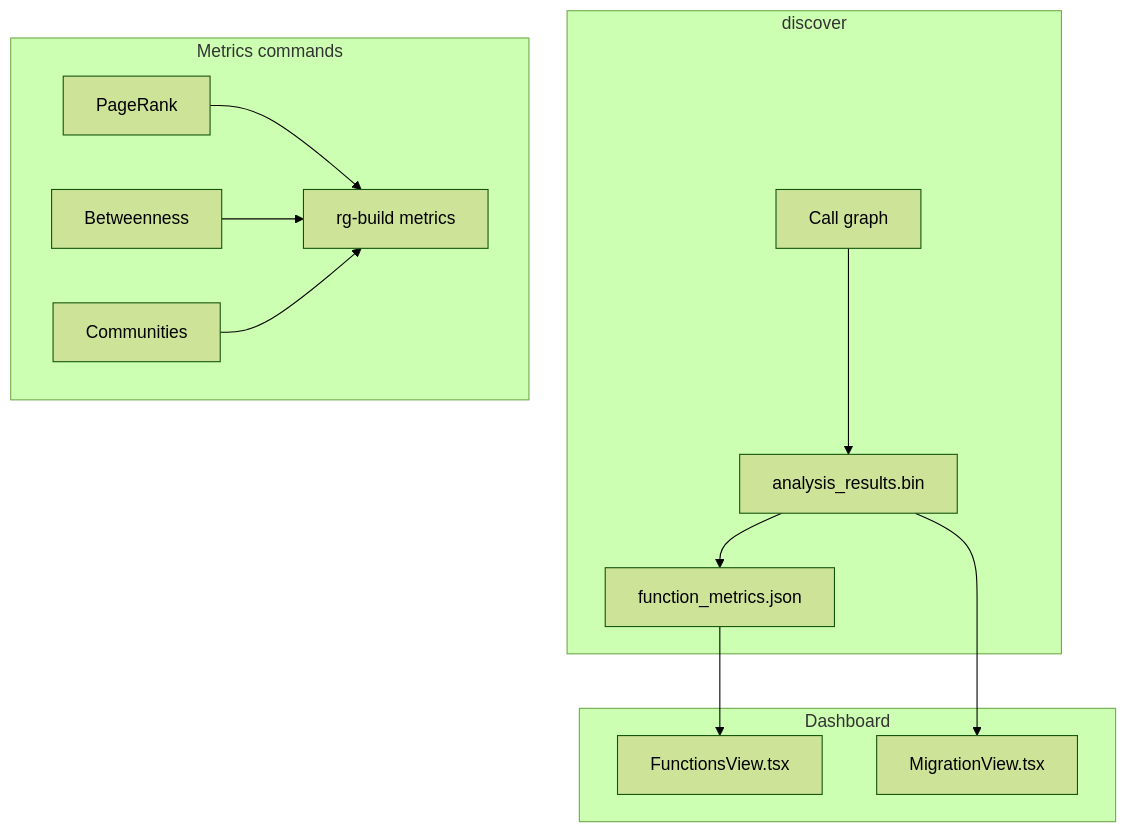
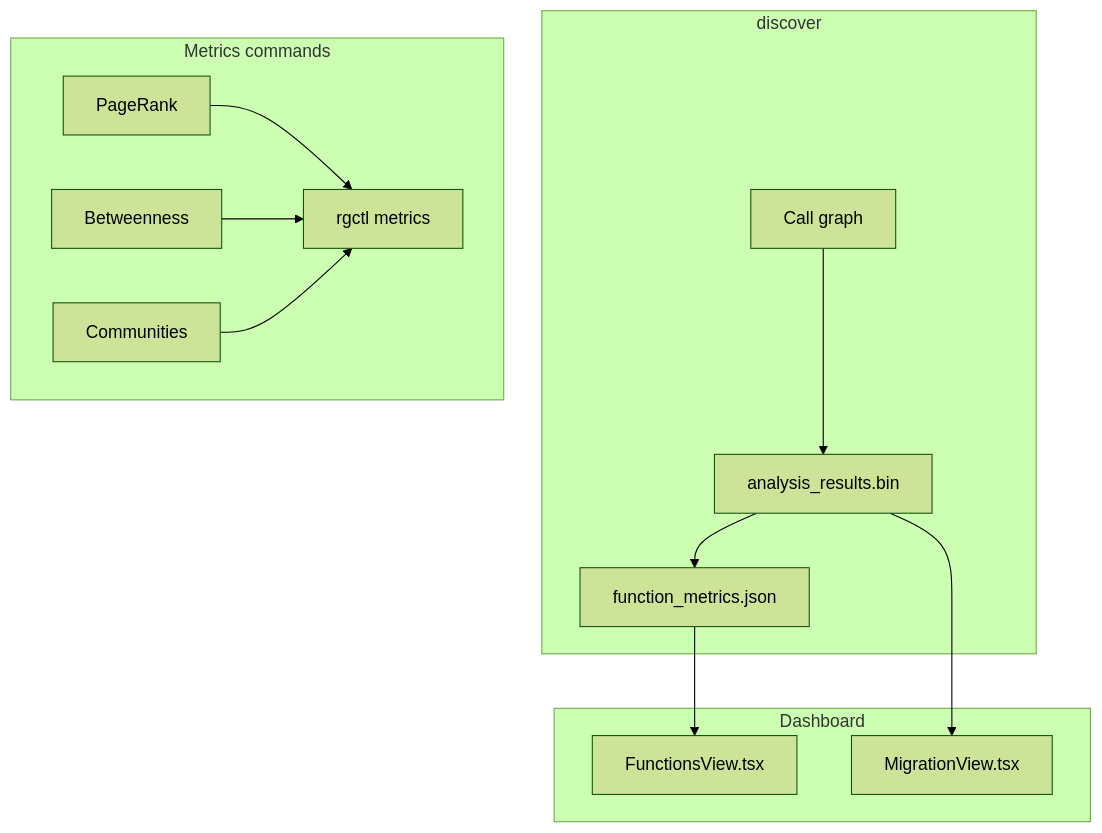
Before and after one commit to l3acon/rgctl: the diagram in docs/design/graph-metrics-design.md, drawn with Mermaid (forest theme). The commit also changed other lines of this file and 217 other files, not shown here.

````diff
--- a/docs/design/graph-metrics-design.md
+++ b/docs/design/graph-metrics-design.md
@@ -24,27 +24,27 @@
 ```mermaid
 flowchart TB
   subgraph discover["discover"]
     G[Call graph]
     AR[analysis_results.bin]
     FM[function_metrics.json]
     G --> AR
     AR --> FM
   end
 
   subgraph metrics["Metrics commands"]
     PR[PageRank]
     BC[Betweenness]
     COM[Communities]
-    CLI[rg-build metrics]
+    CLI[rgctl metrics]
     PR --> CLI
     BC --> CLI
     COM --> CLI
   end
 
   subgraph ui["Dashboard"]
     FV[FunctionsView.tsx]
     MV[MigrationView.tsx]
     FM --> FV
     AR --> MV
   end
 ```
````
